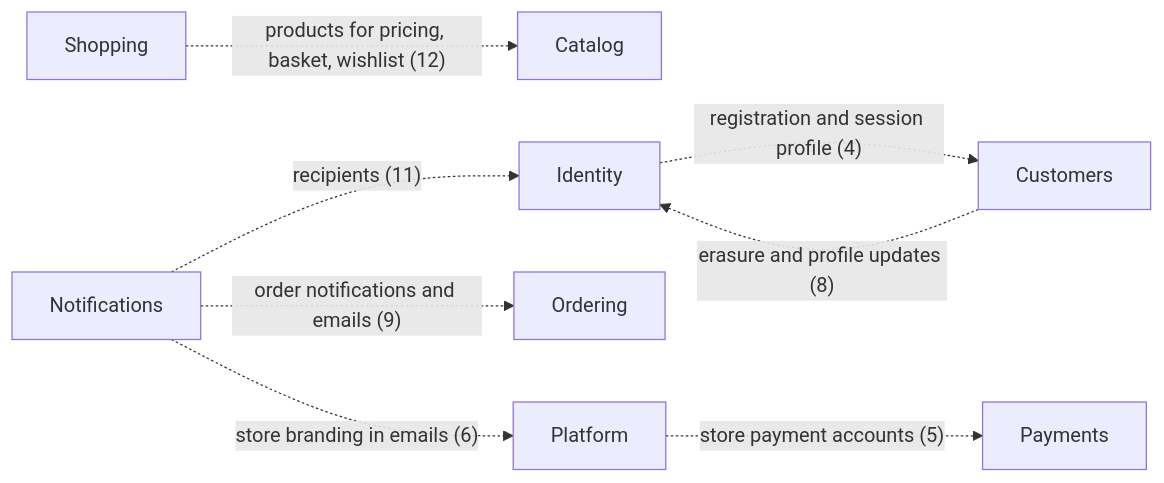
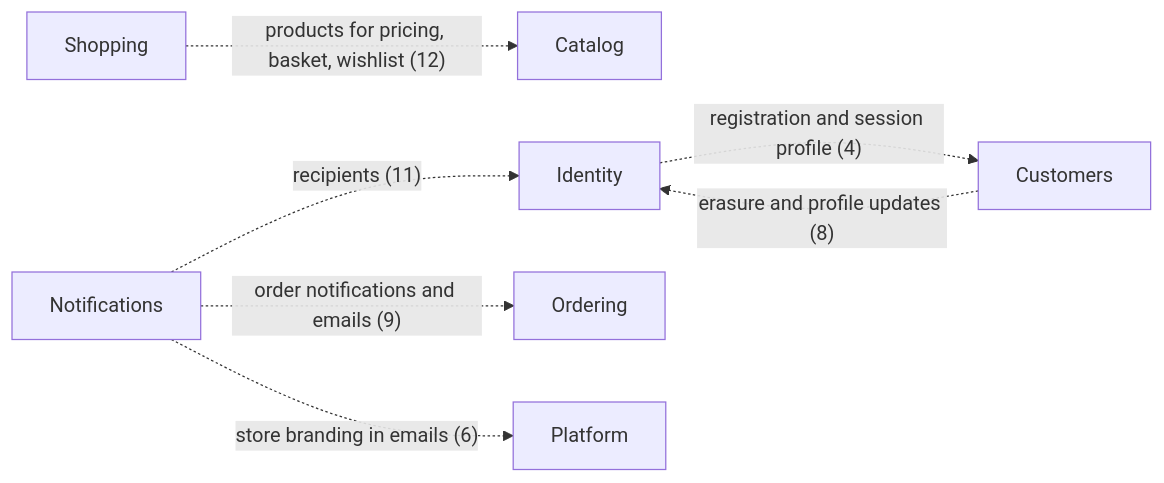
The fourth of 4 diagrams in docs/00-START-HERE/ProjectMap.md (Aws03/Souq), drawn with Mermaid before and after one commit. The commit also changed other lines of this file and 13 other files, not shown here.

First line of the commit message:
docs(architecture): M1 audit — TD-04 closed, TD-01–03/05 re-confirmed, registers reconciled

````diff
--- a/docs/00-START-HERE/ProjectMap.md
+++ b/docs/00-START-HERE/ProjectMap.md
@@ -94,10 +94,9 @@
 ```mermaid
 flowchart LR
     Shopping -.->|"products for pricing, basket, wishlist (12)"| Catalog
     Notifications -.->|"recipients (11)"| Identity
     Notifications -.->|"order notifications and emails (9)"| Ordering
     Customers -.->|"erasure and profile updates (8)"| Identity
     Notifications -.->|"store branding in emails (6)"| Platform
-    Platform -.->|"store payment accounts (5)"| Payments
     Identity -.->|"registration and session profile (4)"| Customers
 ```
````
